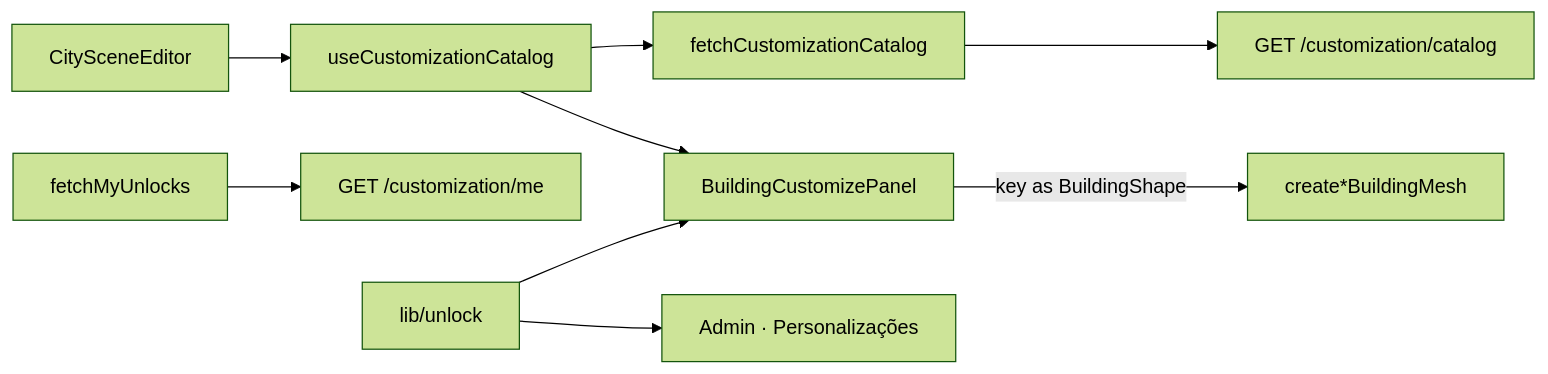
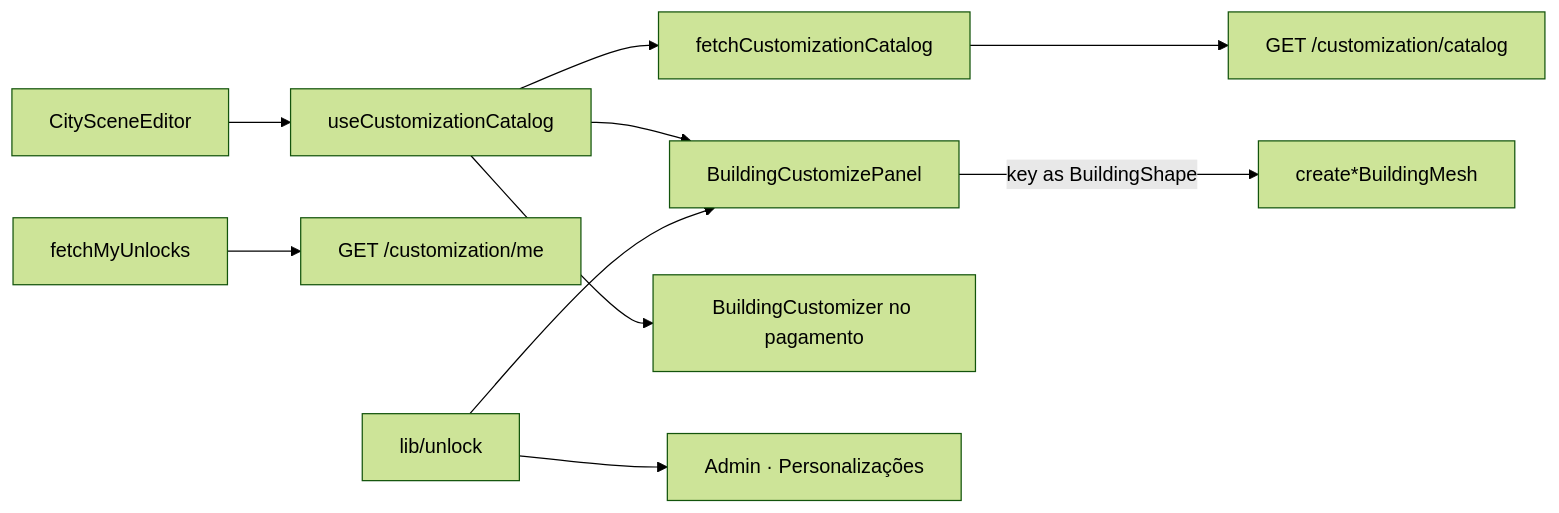
The diagram in doc/api/customization-api.md (RaeII/cidoa), drawn with Mermaid (forest theme) before and after one commit. The commit also changed other lines of this file and 16 other files, not shown here.

````diff
--- a/doc/api/customization-api.md
+++ b/doc/api/customization-api.md
@@ -75,11 +77,12 @@
 ```mermaid
 flowchart LR
   Editor[CitySceneEditor] --> Hook[useCustomizationCatalog]
   Hook --> API[fetchCustomizationCatalog]
   API --> BE[GET /customization/catalog]
   Hook --> Panel[BuildingCustomizePanel]
+  Hook --> Modal[BuildingCustomizer no pagamento]
   Panel --> |key as BuildingShape| Builders[create*BuildingMesh]
   Me[fetchMyUnlocks] --> BEME[GET /customization/me]
   Fmt[lib/unlock] --> Panel
   Fmt --> Admin[Admin · Personalizações]
 ```
````
